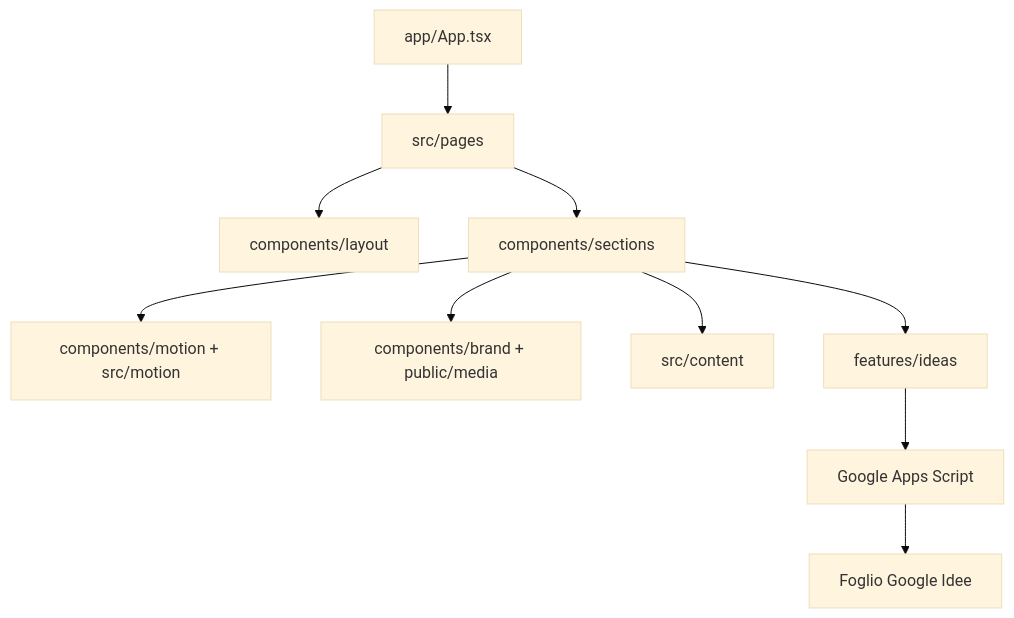
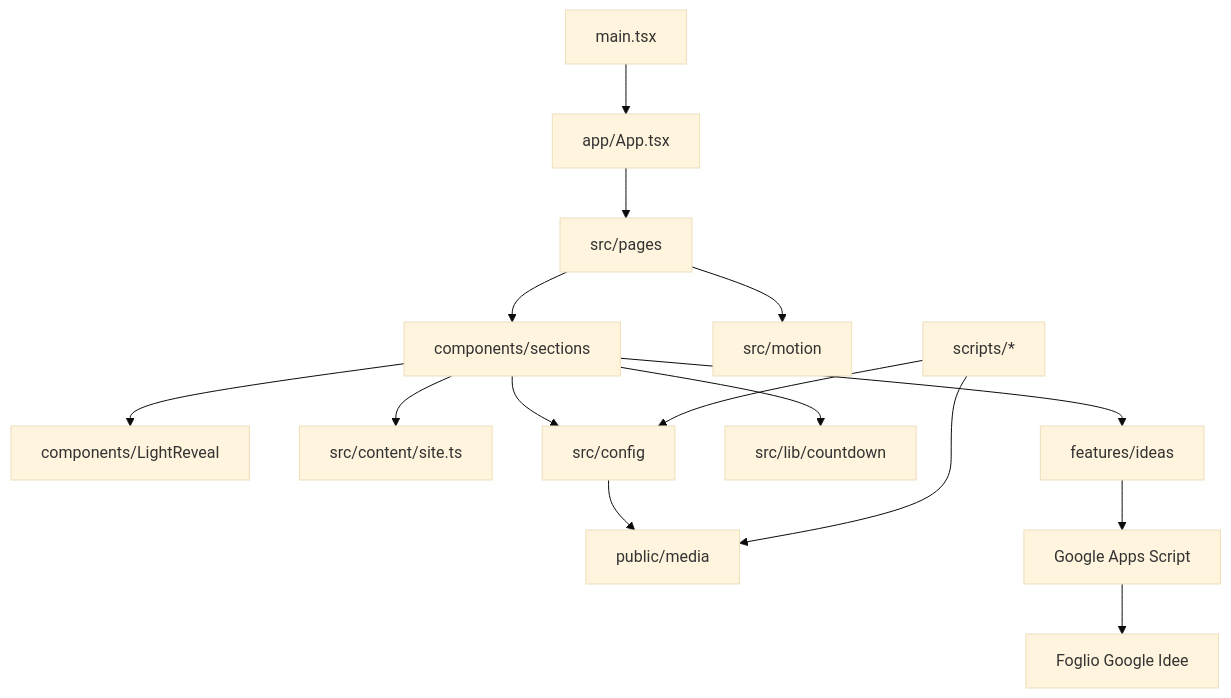
One commit to alessandrobottone2005-crypto/luminalista1 changed the diagram in docs/ARCHITECTURE.md. Above: the diagram before and after it, drawn with Mermaid (base theme). The commit also changed other lines of this file and 76 other files, not shown here.

````diff
--- a/docs/ARCHITECTURE.md
+++ b/docs/ARCHITECTURE.md
@@ -7,12 +7,17 @@
 ```mermaid
 flowchart TD
-  App[app/App.tsx] --> Pages[src/pages]
-  Pages --> Layout[components/layout]
+  Main[main.tsx] --> App[app/App.tsx]
+  App --> Pages[src/pages]
   Pages --> Sections[components/sections]
-  Sections --> Motion[components/motion + src/motion]
-  Sections --> Media[components/brand + public/media]
-  Sections --> Content[src/content]
+  Pages --> Motion[src/motion]
+  Sections --> Reveal[components/LightReveal]
+  Sections --> Content[src/content/site.ts]
+  Sections --> Config[src/config]
+  Sections --> Countdown[src/lib/countdown]
   Sections --> Ideas[features/ideas]
+  Config --> Media[public/media]
+  Scripts[scripts/*] --> Config
+  Scripts --> Media
   Ideas --> Script[Google Apps Script]
   Script --> Sheet[Foglio Google Idee]
 ```
````
